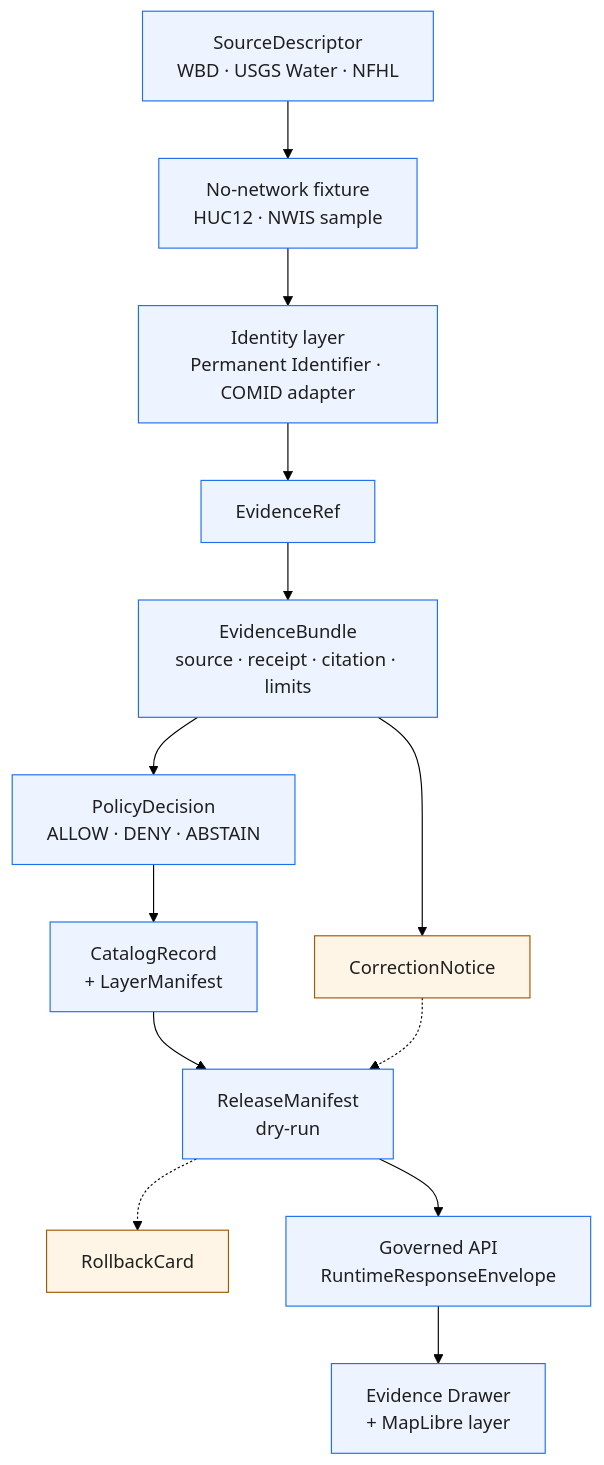
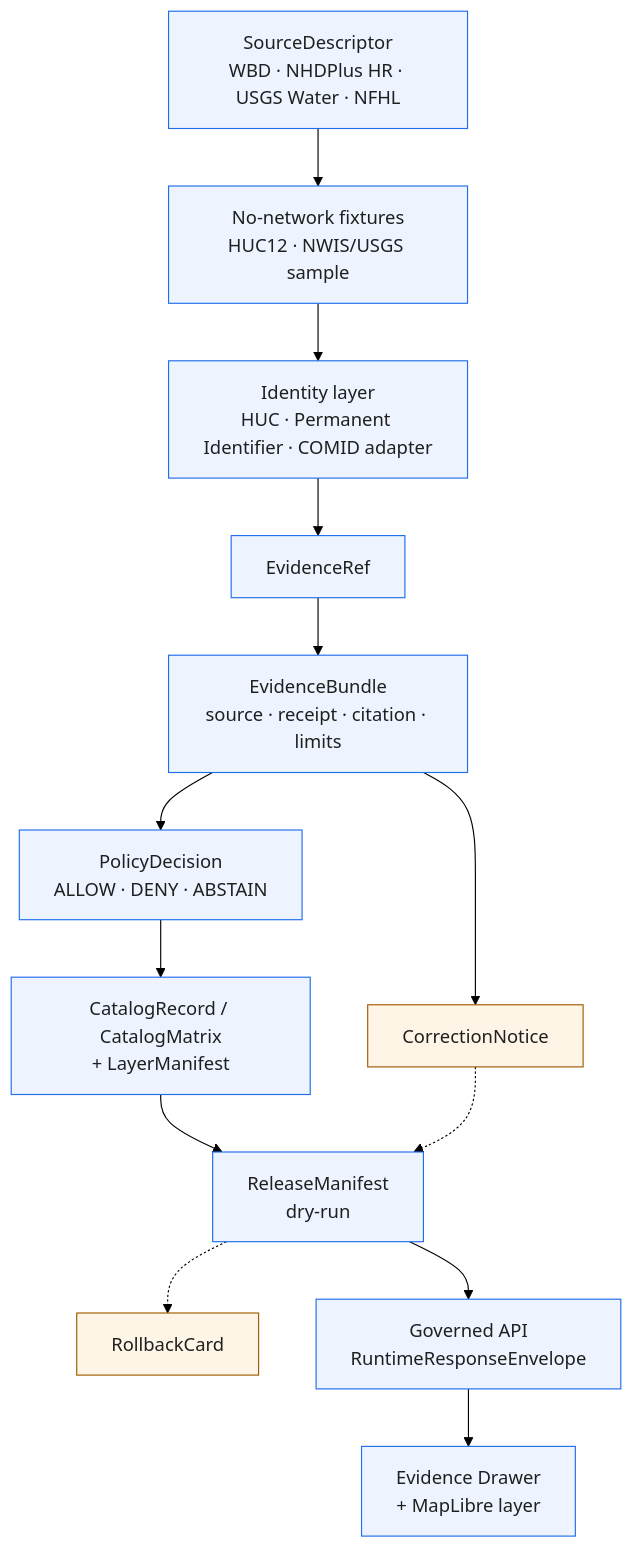
The second of 2 diagrams in docs/adr/ADR-0009-hydrology-is-the-first-proof-bearing-lane.md (bartytime4life/Kansas-Frontier-Matrix), drawn with Mermaid (forest theme) before and after one commit. The commit also changed other lines of this file, not shown here.

````diff
--- a/docs/adr/ADR-0009-hydrology-is-the-first-proof-bearing-lane.md
+++ b/docs/adr/ADR-0009-hydrology-is-the-first-proof-bearing-lane.md
@@ -200,26 +225,26 @@
 ```mermaid
 flowchart TB
-    SD[SourceDescriptor<br/>WBD · USGS Water · NFHL]
-    FX[No-network fixture<br/>HUC12 · NWIS sample]
-    ID[Identity layer<br/>Permanent Identifier · COMID adapter]
+    SD[SourceDescriptor<br/>WBD · NHDPlus HR · USGS Water · NFHL]
+    FX[No-network fixtures<br/>HUC12 · NWIS/USGS sample]
+    ID[Identity layer<br/>HUC · Permanent Identifier · COMID adapter]
     ER[EvidenceRef]
     EB[EvidenceBundle<br/>source · receipt · citation · limits]
     PD[PolicyDecision<br/>ALLOW · DENY · ABSTAIN]
-    CM[CatalogRecord<br/>+ LayerManifest]
+    CM[CatalogRecord / CatalogMatrix<br/>+ LayerManifest]
     RM[ReleaseManifest<br/>dry-run]
     RB[RollbackCard]
     API[Governed API<br/>RuntimeResponseEnvelope]
     UI[Evidence Drawer<br/>+ MapLibre layer]
     CN[CorrectionNotice]
 
     SD --> FX --> ID --> ER --> EB
     EB --> PD --> CM --> RM --> API --> UI
     RM -.-> RB
     EB --> CN
     CN -.-> RM
 
     classDef gate fill:#eef4ff,stroke:#1f6feb,color:#1f1f1f;
     classDef rollback fill:#fff5e6,stroke:#a05a00,color:#1f1f1f;
-    class SD,FX,ID,ER,EB,PD,CM,RM,API,UI gate
-    class RB,CN rollback
+    class SD,FX,ID,ER,EB,PD,CM,RM,API,UI gate;
+    class RB,CN rollback;
 ```
````
